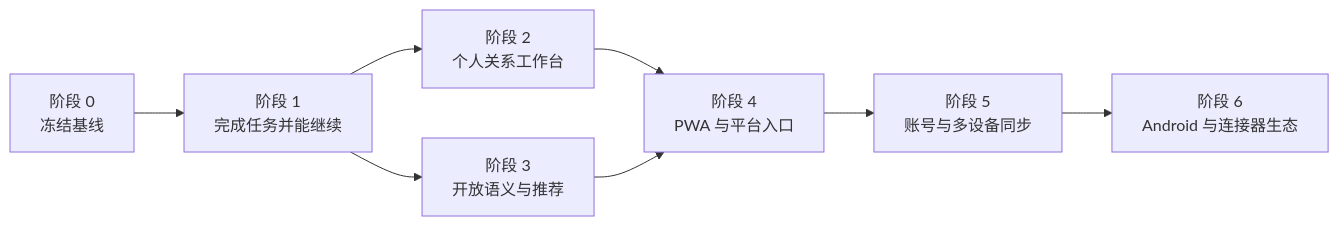
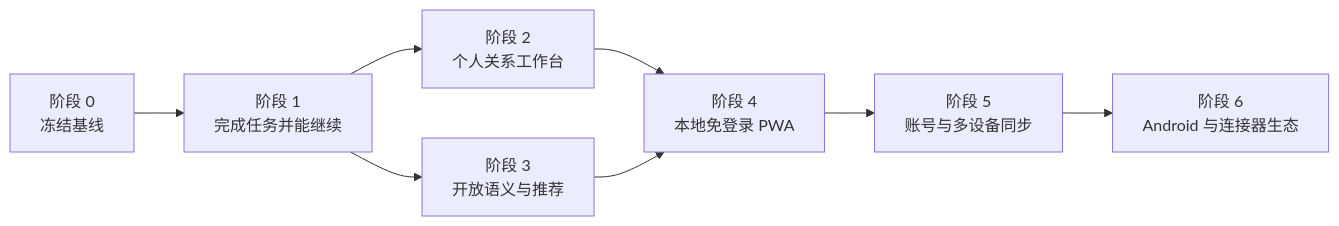
Before and after one commit to iyau76/ZhiMaiConnect: the diagram in doc/product/分阶段升级计划-2026-09-02.md, drawn with Mermaid. The commit also changed other lines of this file and 87 other files, not shown here.

````diff
--- a/doc/product/分阶段升级计划-2026-09-02.md
+++ b/doc/product/分阶段升级计划-2026-09-02.md
@@ -20,10 +20,10 @@
 ```mermaid
 flowchart LR
     S0[阶段 0<br/>冻结基线] --> S1[阶段 1<br/>完成任务并能继续]
     S1 --> S2[阶段 2<br/>个人关系工作台]
     S1 --> S3[阶段 3<br/>开放语义与推荐]
-    S2 --> S4[阶段 4<br/>PWA 与平台入口]
+    S2 --> S4[阶段 4<br/>本地免登录 PWA]
     S3 --> S4
     S4 --> S5[阶段 5<br/>账号与多设备同步]
     S5 --> S6[阶段 6<br/>Android 与连接器生态]
 ```
````
